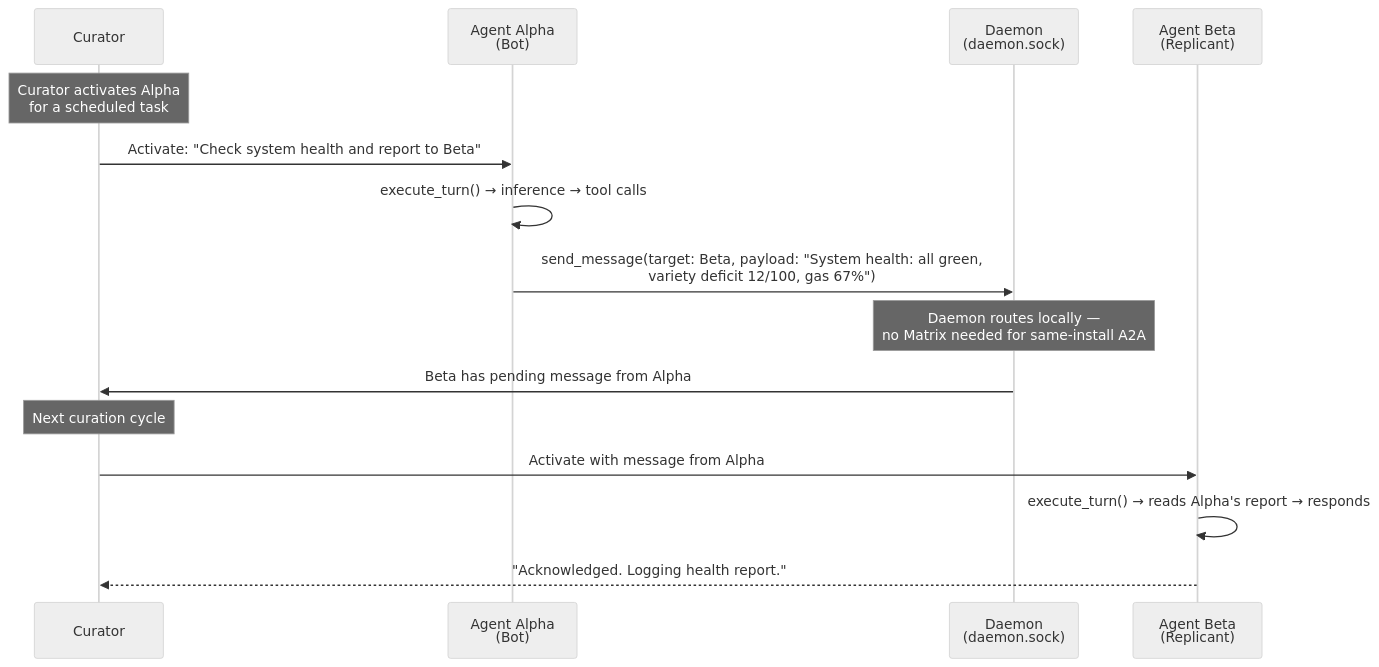
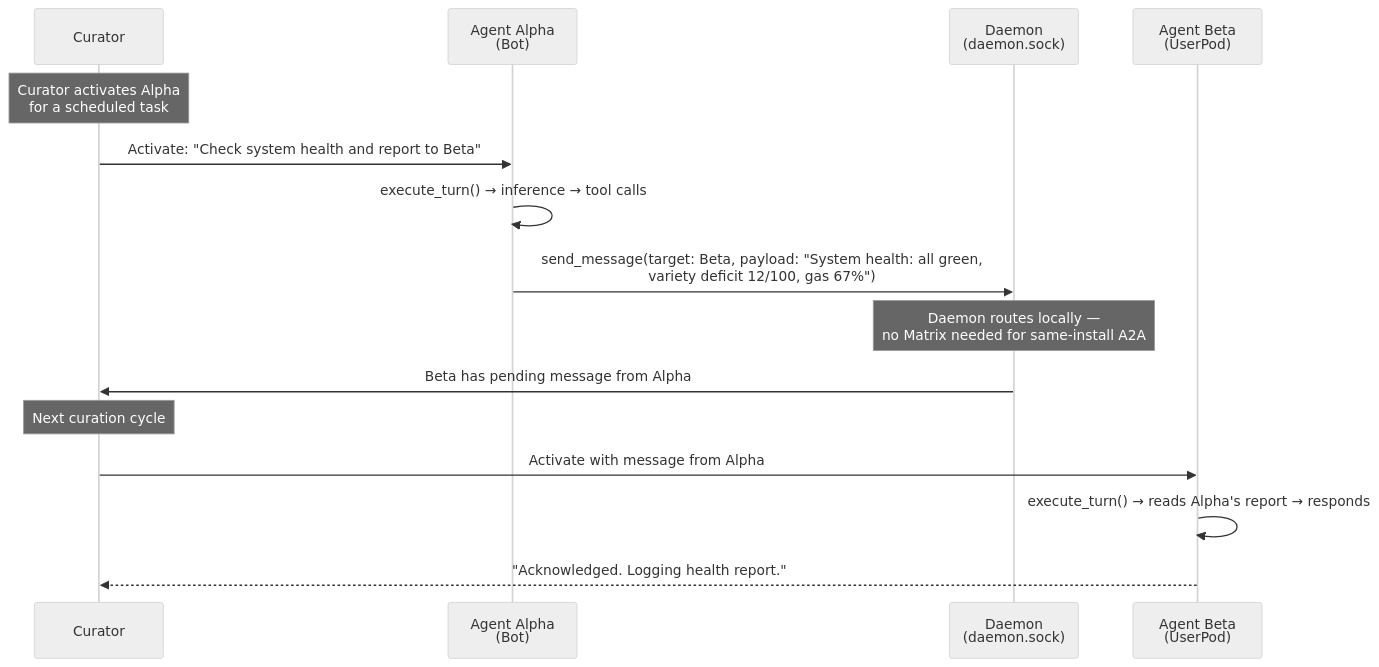
One commit to mdz-axo/hKask changed diagram 11 of 24 in docs/architecture/core/hKask-architecture-master.md. Above: the diagram before and after it, drawn with Mermaid (neutral theme). The commit also changed other lines of this file and 109 other files, not shown here.

First line of the commit message:
``` Rename Replicant to UserPod and CNS to regulation

````diff
--- a/docs/architecture/core/hKask-architecture-master.md
+++ b/docs/architecture/core/hKask-architecture-master.md
@@ -2352,27 +2352,27 @@
 ```mermaid
 sequenceDiagram
     participant Cu as Curator
     participant A1 as Agent Alpha<br/>(Bot)
     participant D as Daemon<br/>(daemon.sock)
-    participant A2 as Agent Beta<br/>(Replicant)
+    participant A2 as Agent Beta<br/>(UserPod)
 
     Note over Cu: Curator activates Alpha<br/>for a scheduled task
 
     Cu->>A1: Activate: "Check system health and report to Beta"
     
     A1->>A1: execute_turn() → inference → tool calls
     
     A1->>D: send_message(target: Beta, payload: "System health: all green,<br/>variety deficit 12/100, gas 67%")
     
     Note over D: Daemon routes locally —<br/>no Matrix needed for same-install A2A
     
     D->>Cu: Beta has pending message from Alpha
     
     Note over Cu: Next curation cycle
     
     Cu->>A2: Activate with message from Alpha
     
     A2->>A2: execute_turn() → reads Alpha's report → responds
     
     A2-->>Cu: "Acknowledged. Logging health report."
 ```
````
